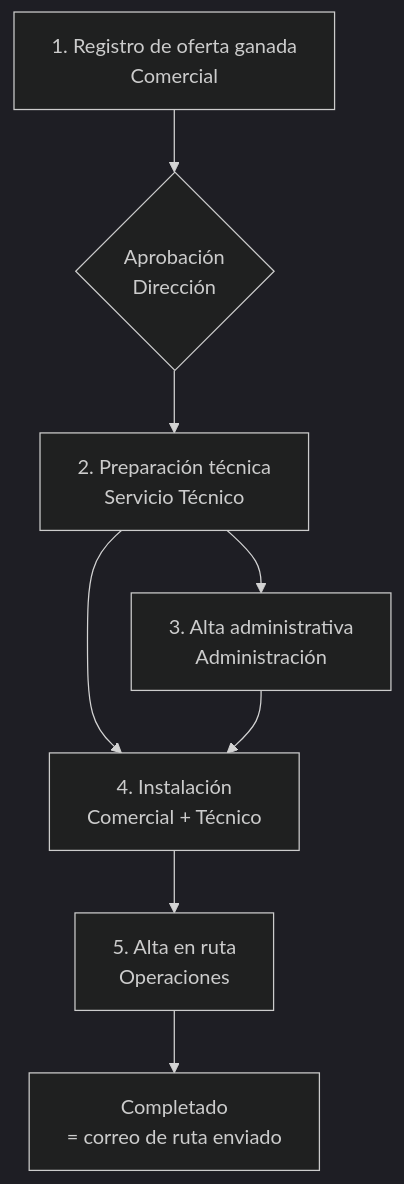
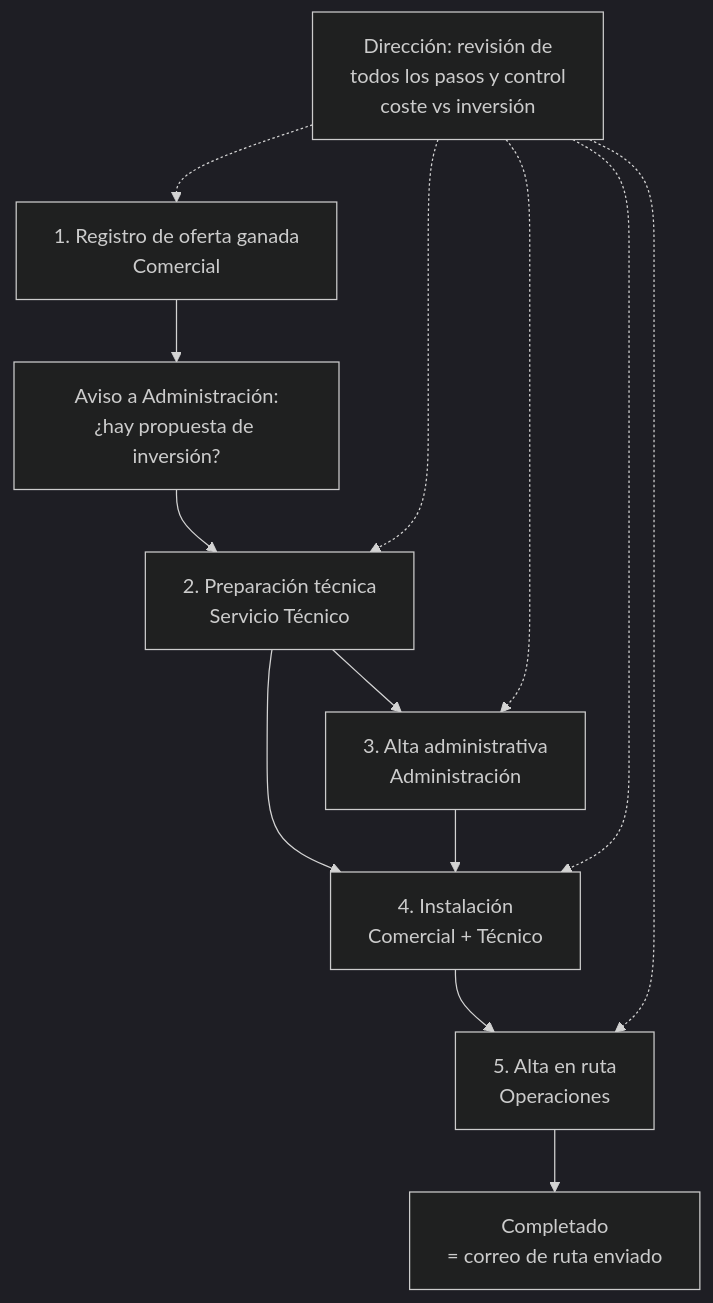
Before and after one commit to gabriello83/claude: the diagram in docs/03-diseno-funcional.md, drawn with Mermaid (dark theme). The commit also changed other lines of this file and 5 other files, not shown here.

First line of the commit message:
Cargar catálogo de tipos de máquina y añadir propuesta de inversión, equipamiento adicional y accesos Firebase

````diff
--- a/docs/03-diseno-funcional.md
+++ b/docs/03-diseno-funcional.md
@@ -39,10 +39,11 @@
 ```mermaid
 flowchart TD
-    A[1. Registro de oferta ganada\nComercial] --> AP{Aprobación\nDirección}
-    AP --> B[2. Preparación técnica\nServicio Técnico]
+    A[1. Registro de oferta ganada\nComercial] --> I[Aviso a Administración:\n¿hay propuesta de inversión?]
+    I --> B[2. Preparación técnica\nServicio Técnico]
     B --> C[3. Alta administrativa\nAdministración]
     B --> D[4. Instalación\nComercial + Técnico]
     C --> D
     D --> E[5. Alta en ruta\nOperaciones]
     E --> F[Completado\n= correo de ruta enviado]
+    G[Dirección: revisión de\ntodos los pasos y control\ncoste vs inversión] -.-> A & B & C & D & E
 ```
````
